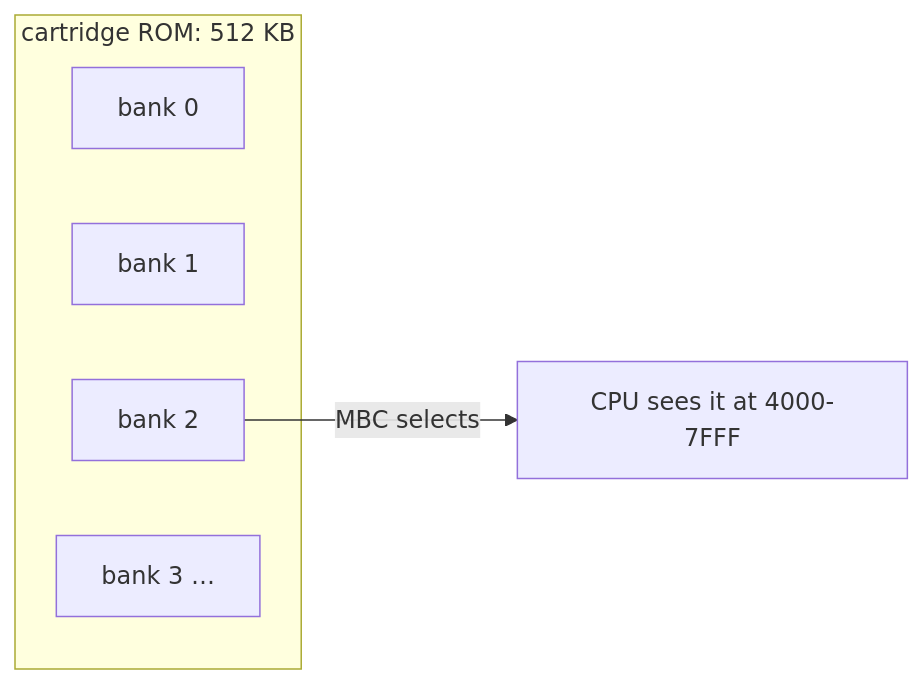
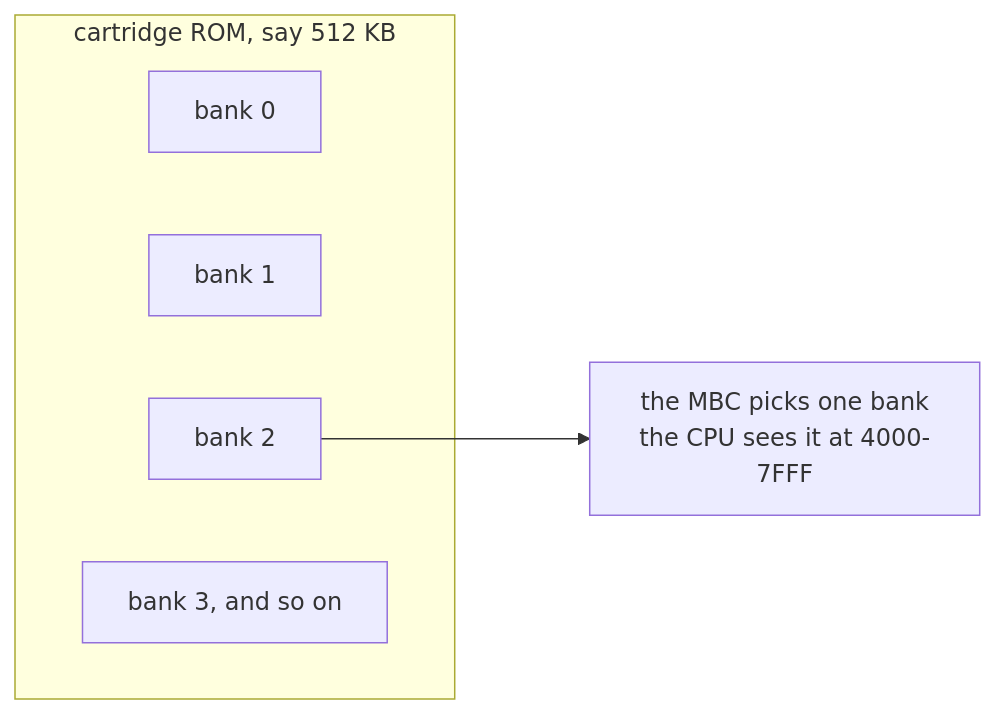
The fourth of 16 diagrams in docs/architecture.md (dudustri/rustboy-color), drawn with Mermaid before and after one commit. The commit also changed other lines of this file and 17 other files, not shown here.

````diff
--- a/docs/architecture.md
+++ b/docs/architecture.md
@@ -83,10 +88,11 @@
 ```mermaid
+%%{init: {"flowchart": {"nodeSpacing": 55, "rankSpacing": 90}}}%%
 flowchart LR
-    subgraph cart["cartridge ROM: 512 KB"]
+    subgraph cart["cartridge ROM, say 512 KB"]
         B0["bank 0"]
         B1["bank 1"]
         B2["bank 2"]
-        B3["bank 3 …"]
+        B3["bank 3, and so on"]
     end
-    B2 -->|"MBC selects"| WIN["CPU sees it at 4000-7FFF"]
+    B2 --> WIN["the MBC picks one bank<br/>the CPU sees it at 4000-7FFF"]
 ```
````
